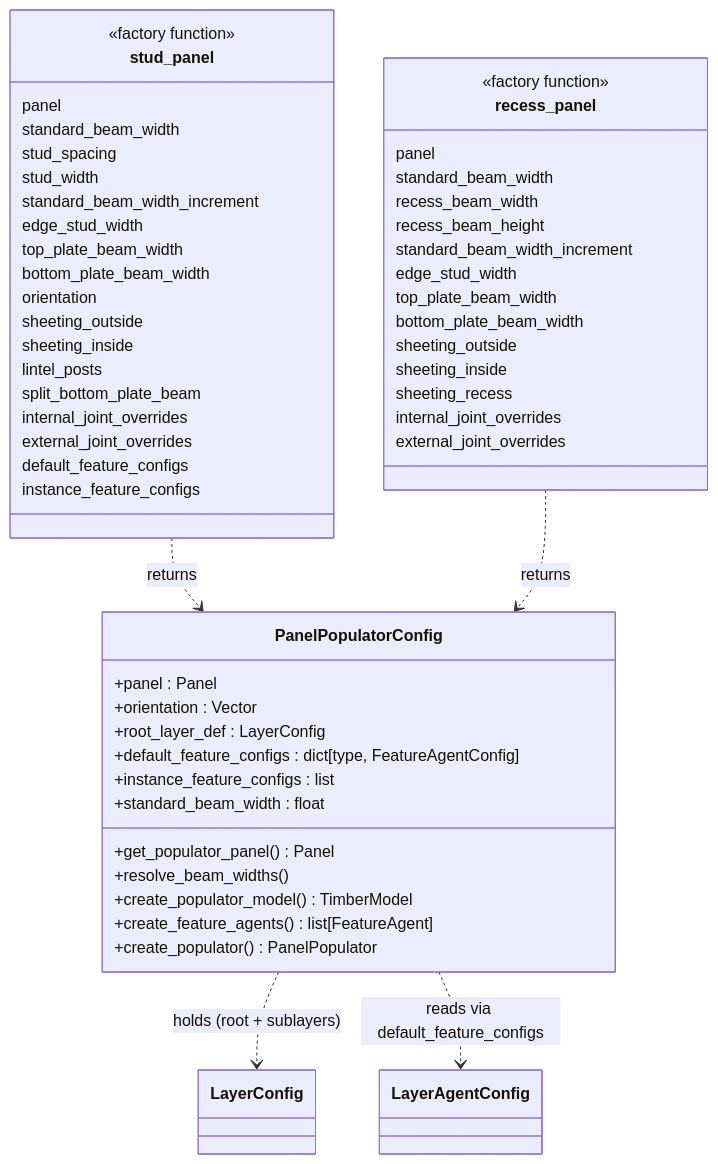
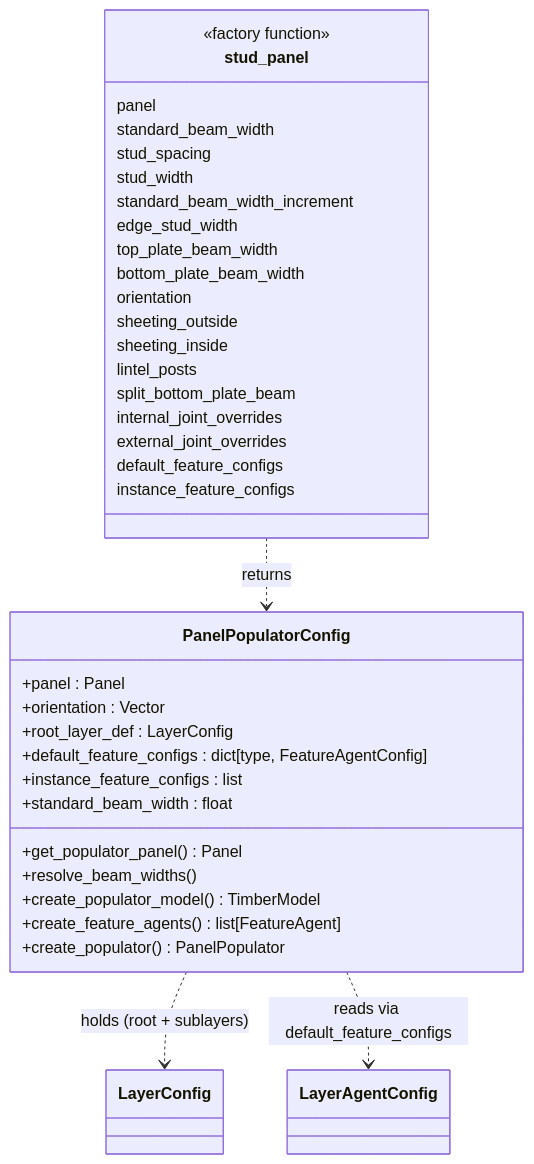
The second of 7 diagrams in docs/contribution/class_diagrams.md (gramaziokohler/timber_design), drawn with Mermaid before and after one commit. The commit also changed other lines of this file and 17 other files, not shown here.

````diff
--- a/docs/contribution/class_diagrams.md
+++ b/docs/contribution/class_diagrams.md
@@ -103,60 +103,42 @@
 ```mermaid
 classDiagram
 
     class PanelPopulatorConfig {
         +panel : Panel
         +orientation : Vector
         +root_layer_def : LayerConfig
         +default_feature_configs : dict[type, FeatureAgentConfig]
         +instance_feature_configs : list
         +standard_beam_width : float
         +get_populator_panel() Panel
         +resolve_beam_widths()
         +create_populator_model() TimberModel
         +create_feature_agents() list[FeatureAgent]
         +create_populator() PanelPopulator
     }
 
     class stud_panel {
         <<factory function>>
         panel
         standard_beam_width
         stud_spacing
         stud_width
         standard_beam_width_increment
         edge_stud_width
         top_plate_beam_width
         bottom_plate_beam_width
         orientation
         sheeting_outside
         sheeting_inside
         lintel_posts
         split_bottom_plate_beam
         internal_joint_overrides
         external_joint_overrides
         default_feature_configs
         instance_feature_configs
     }
 
-    class recess_panel {
-        <<factory function>>
-        panel
-        standard_beam_width
-        recess_beam_width
-        recess_beam_height
-        standard_beam_width_increment
-        edge_stud_width
-        top_plate_beam_width
-        bottom_plate_beam_width
-        sheeting_outside
-        sheeting_inside
-        sheeting_recess
-        internal_joint_overrides
-        external_joint_overrides
-    }
-
     stud_panel ..> PanelPopulatorConfig : returns
-    recess_panel ..> PanelPopulatorConfig : returns
     PanelPopulatorConfig ..> LayerConfig : holds (root + sublayers)
     PanelPopulatorConfig ..> LayerAgentConfig : reads via default_feature_configs
 ```
````
